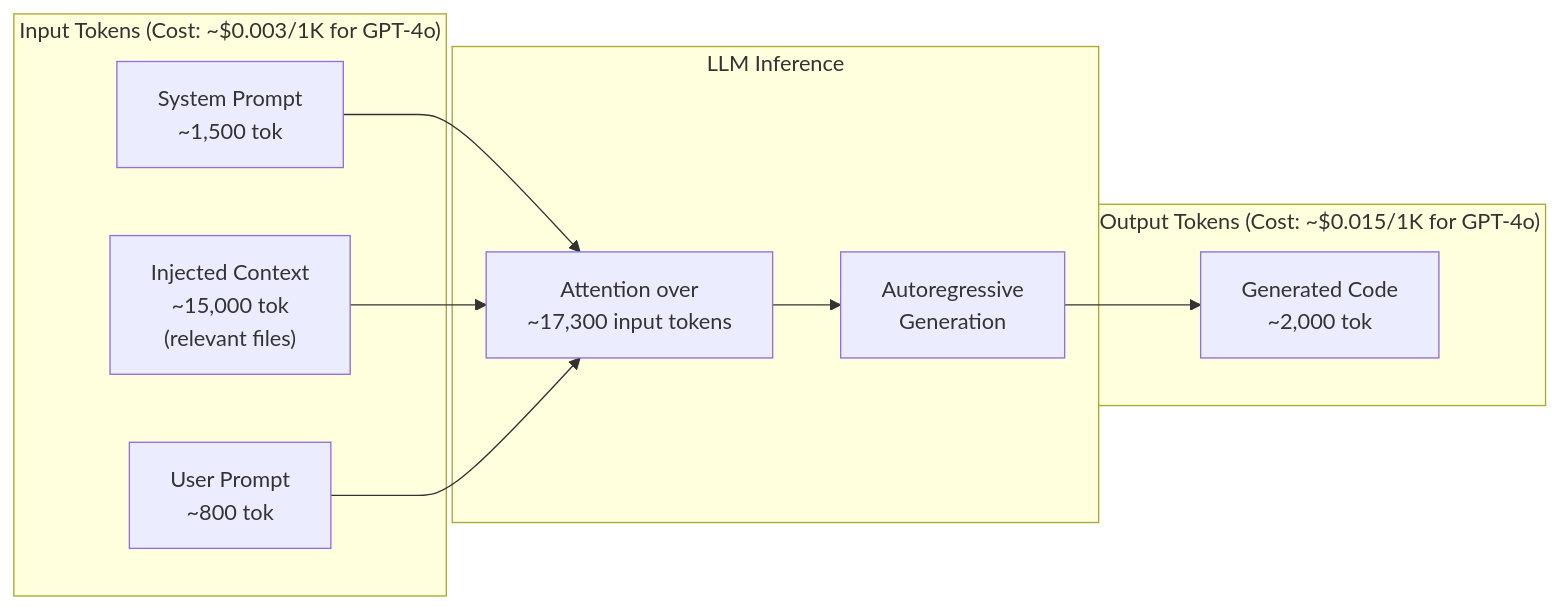
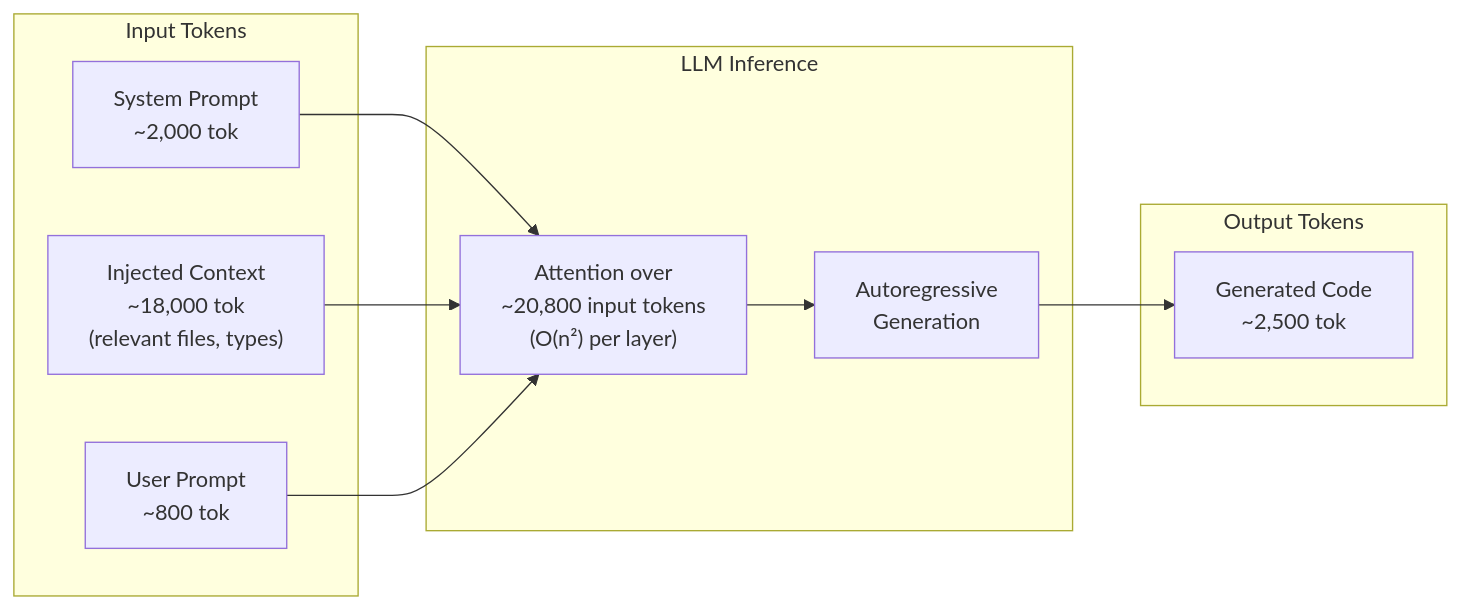
The sixth of 7 diagrams in topics/computing/ai/vibe_coding/lesson_01_foundations_and_invariants.md (blebleblee/synapse), drawn with Mermaid before and after one commit. The commit also changed other lines of this file and 4 other files, not shown here.

````diff
--- a/topics/computing/ai/vibe_coding/lesson_01_foundations_and_invariants.md
+++ b/topics/computing/ai/vibe_coding/lesson_01_foundations_and_invariants.md
@@ -382,20 +576,20 @@
 ```mermaid
 flowchart LR
-    subgraph "Input Tokens (Cost: ~$0.003/1K for GPT-4o)"
-        SP["System Prompt\n~1,500 tok"]
-        IC["Injected Context\n~15,000 tok\n(relevant files)"]
+    subgraph IN["Input Tokens"]
+        SP["System Prompt\n~2,000 tok"]
+        IC["Injected Context\n~18,000 tok\n(relevant files, types)"]
         UP["User Prompt\n~800 tok"]
     end
-    subgraph "LLM Inference"
-        ATTN["Attention over\n~17,300 input tokens"]
+    subgraph INFER["LLM Inference"]
+        ATTN["Attention over\n~20,800 input tokens\n(O(n²) per layer)"]
         GEN["Autoregressive\nGeneration"]
     end
-    subgraph "Output Tokens (Cost: ~$0.015/1K for GPT-4o)"
-        OUT["Generated Code\n~2,000 tok"]
+    subgraph OUT["Output Tokens"]
+        CODE["Generated Code\n~2,500 tok"]
     end
     SP --> ATTN
     IC --> ATTN
     UP --> ATTN
     ATTN --> GEN
-    GEN --> OUT
+    GEN --> CODE
 ```
````
